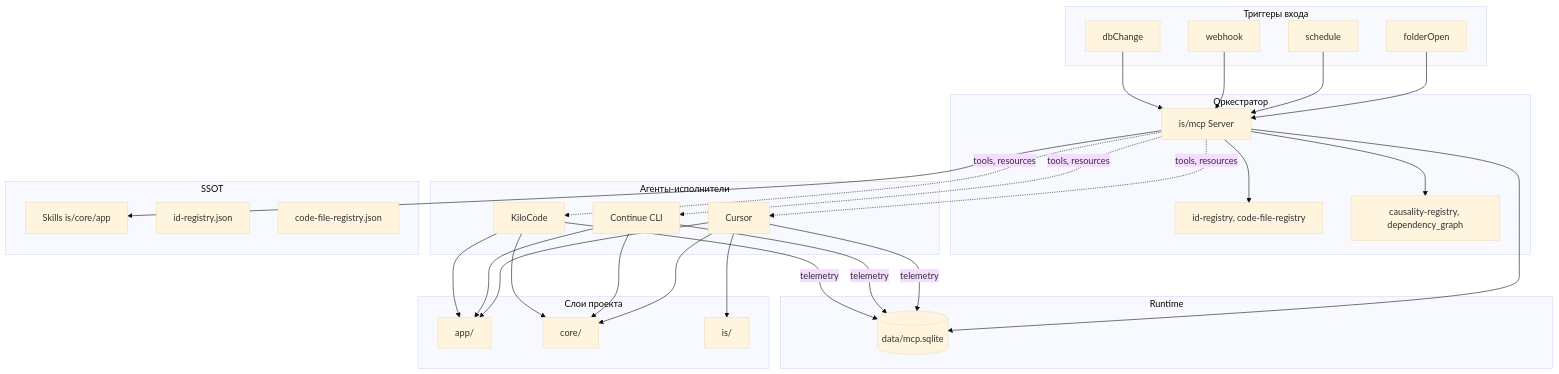
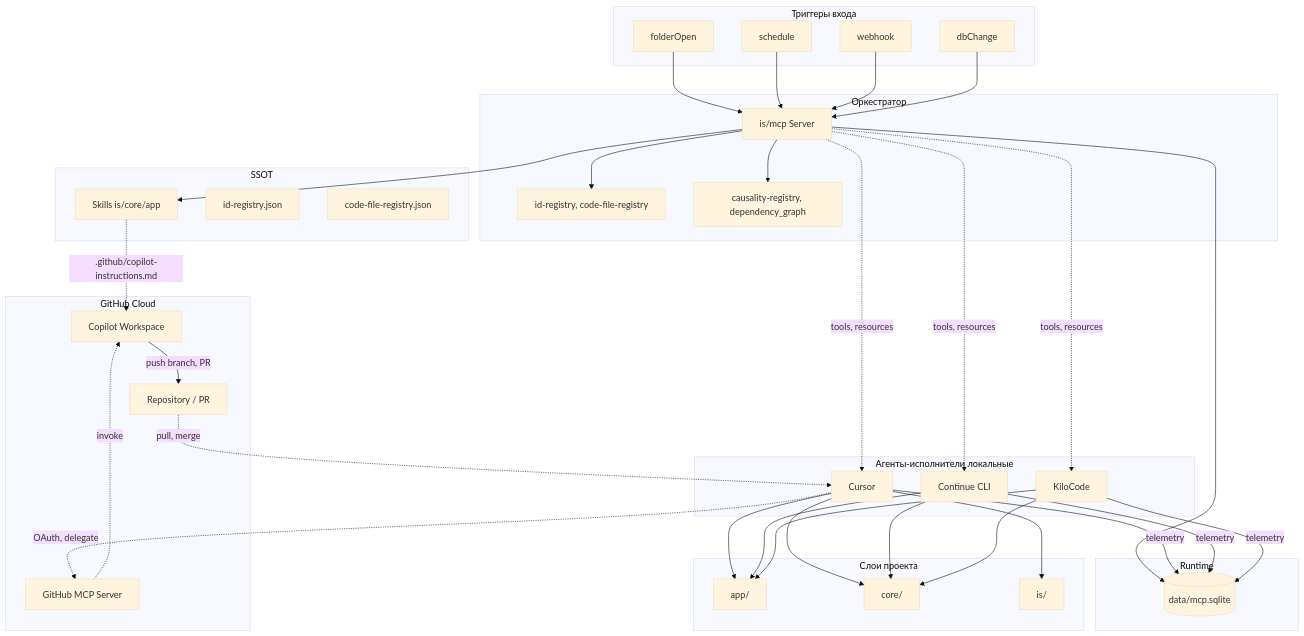
The diagram in docs/ais/ais-agent-orchestration-contour.md (aoponomarev/mmb), drawn with Mermaid (base theme) before and after one commit. The commit also changed other lines of this file and 4 other files, not shown here.

````diff
--- a/docs/ais/ais-agent-orchestration-contour.md
+++ b/docs/ais/ais-agent-orchestration-contour.md
@@ -57,63 +58,76 @@
 ```mermaid
 flowchart TB
     subgraph Triggers [Триггеры входа]
         T1[folderOpen]
         T2[schedule]
         T3[webhook]
         T4[dbChange]
     end
 
     subgraph Orchestrator [Оркестратор]
         MCP[is/mcp Server]
         REG[id-registry, code-file-registry]
         CAUS[causality-registry, dependency_graph]
     end
 
-    subgraph Agents [Агенты-исполнители]
+    subgraph Agents [Агенты-исполнители локальные]
         CUR[Cursor]
         CN[Continue CLI]
         KILO[KiloCode]
     end
 
     subgraph SSOT [SSOT]
         SK[Skills is/core/app]
         ID[id-registry.json]
         CF[code-file-registry.json]
     end
 
     subgraph Runtime [Runtime]
         DB[(data/mcp.sqlite)]
     end
 
     subgraph Layers [Слои проекта]
         APP[app/]
         CORE[core/]
         IS[is/]
     end
 
     T1 --> MCP
     T2 --> MCP
     T3 --> MCP
     T4 --> MCP
 
     MCP --> REG
     MCP --> CAUS
     MCP --> SK
     MCP --> DB
 
     MCP -.->|tools, resources| CUR
     MCP -.->|tools, resources| CN
     MCP -.->|tools, resources| KILO
 
+    subgraph GitHub [GitHub Cloud]
+        GHMCP[GitHub MCP Server]
+        COP[Copilot Workspace]
+        REPO[Repository / PR]
+    end
+
+    CUR -.->|OAuth, delegate| GHMCP
+    GHMCP -.->|invoke| COP
+    COP -->|push branch, PR| REPO
+    REPO -.->|pull, merge| CUR
+
+    SK -.->|.github/copilot-instructions.md| COP
+
     CUR --> APP
     CUR --> CORE
     CUR --> IS
     CN --> APP
     CN --> CORE
     KILO --> APP
     KILO --> CORE
 
     CUR -->|telemetry| DB
     CN -->|telemetry| DB
     KILO -->|telemetry| DB
 ```
````
